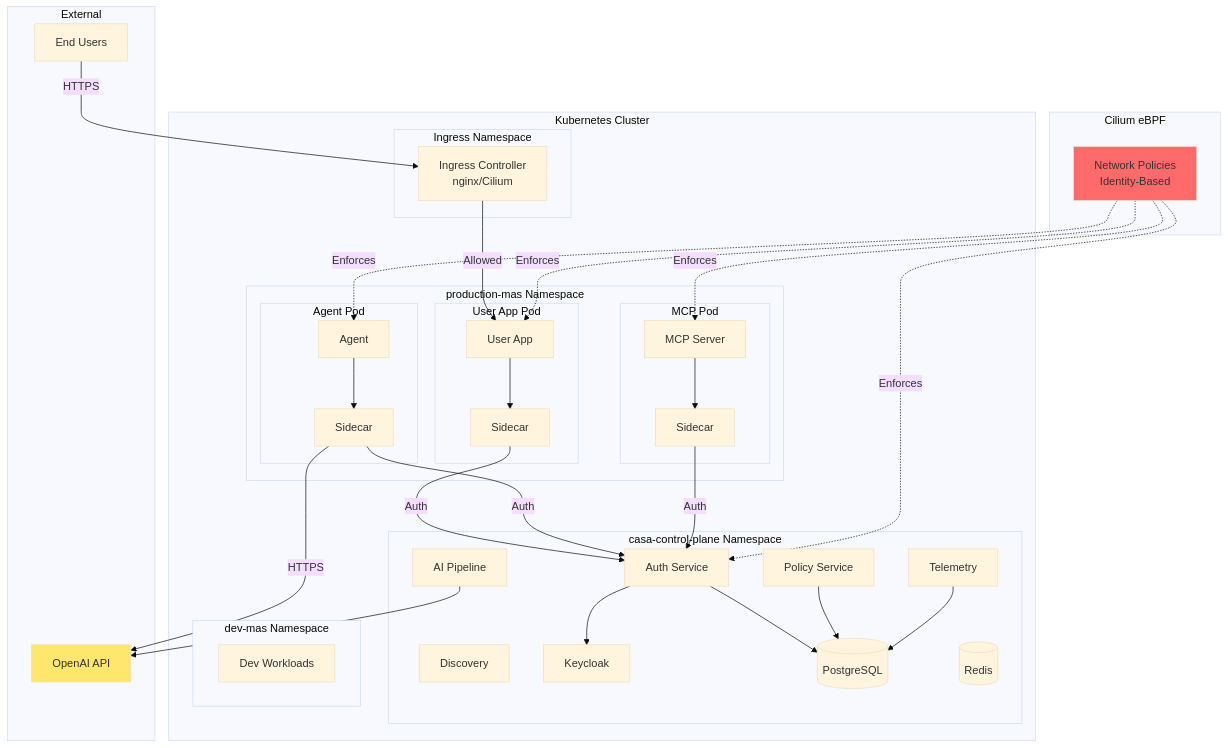
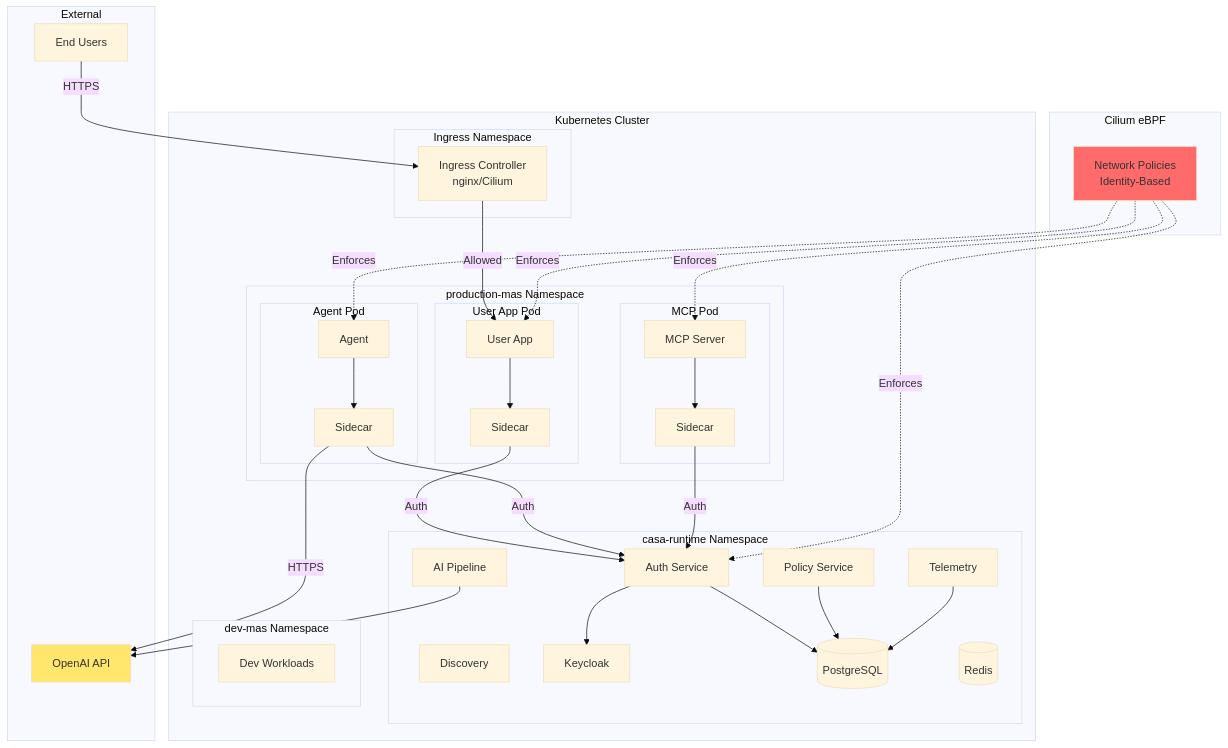
One commit to outshift-open/CASA changed the seventh of 16 diagrams in docs/dev/specs/SPECS.md. Above: the diagram before and after it, drawn with Mermaid (base theme). The commit also changed other lines of this file and 95 other files, not shown here.

Commit message:
feat: Rename to CASA runtime

````diff
--- a/docs/dev/specs/SPECS.md
+++ b/docs/dev/specs/SPECS.md
@@ -1162,67 +1162,67 @@
 ```mermaid
 graph TB
     subgraph "Kubernetes Cluster"
         subgraph "Ingress Namespace"
             ING[Ingress Controller<br/>nginx/Cilium]
         end
 
-        subgraph "casa-control-plane Namespace"
+        subgraph "casa-runtime Namespace"
             AUTH[Auth Service]
             POLICY[Policy Service]
             PIPE[AI Pipeline]
             TELEM[Telemetry]
             DISC[Discovery]
             KC[Keycloak]
             PG[(PostgreSQL)]
             REDIS[(Redis)]
         end
 
         subgraph "production-mas Namespace"
             subgraph "User App Pod"
                 UA[User App] --> UAS[Sidecar]
             end
             subgraph "Agent Pod"
                 AG[Agent] --> AGS[Sidecar]
             end
             subgraph "MCP Pod"
                 MCP[MCP Server] --> MCPS[Sidecar]
             end
         end
 
         subgraph "dev-mas Namespace"
             DEV[Dev Workloads]
         end
     end
 
     subgraph "External"
         USER[End Users]
         LLM[OpenAI API]
     end
 
     USER -->|HTTPS| ING
     ING -->|Allowed| UA
 
     UAS -->|Auth| AUTH
     AGS -->|Auth| AUTH
     MCPS -->|Auth| AUTH
 
     AGS -->|HTTPS| LLM
 
     AUTH --> KC
     AUTH --> PG
     POLICY --> PG
     PIPE --> LLM
     TELEM --> PG
 
     subgraph "Cilium eBPF"
         NP[Network Policies<br/>Identity-Based]
     end
 
     NP -.->|Enforces| UA
     NP -.->|Enforces| AG
     NP -.->|Enforces| MCP
     NP -.->|Enforces| AUTH
 
     style NP fill:#ff6b6b
     style LLM fill:#ffe66d
 ```
````
